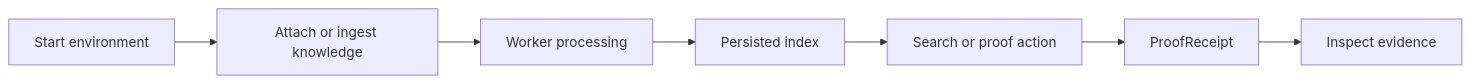
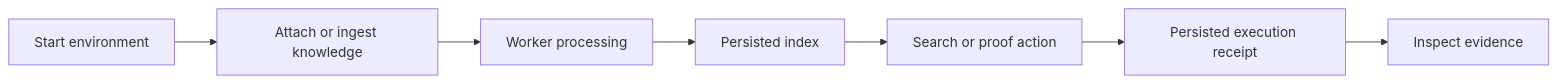
One commit to jakbuczarnecki/intergrax changed the diagram in docs/public-adoption/LKW_PLATFORM_PROOF.md. Above: the diagram before and after it, drawn with Mermaid. The commit also changed other lines of this file and 10 other files, not shown here.

````diff
--- a/docs/public-adoption/LKW_PLATFORM_PROOF.md
+++ b/docs/public-adoption/LKW_PLATFORM_PROOF.md
@@ -65,9 +65,9 @@
 ```mermaid
 flowchart LR
     A[Start environment] --> B[Attach or ingest knowledge]
     B --> C[Worker processing]
     C --> D[Persisted index]
     D --> E[Search or proof action]
-    E --> F[ProofReceipt]
+    E --> F[Persisted execution receipt]
     F --> G[Inspect evidence]
 ```
````
